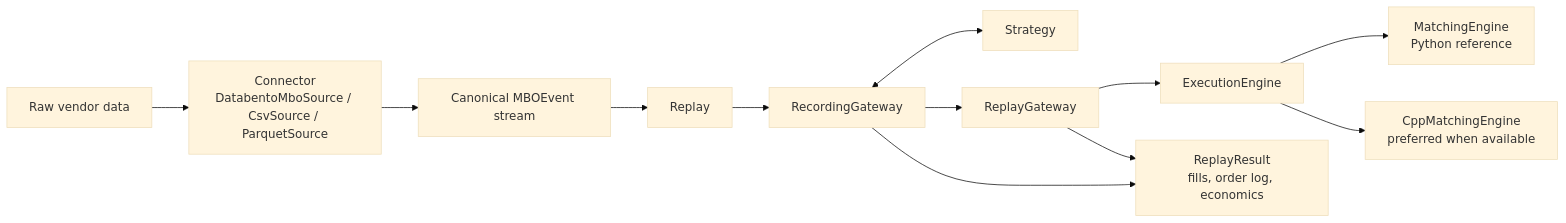
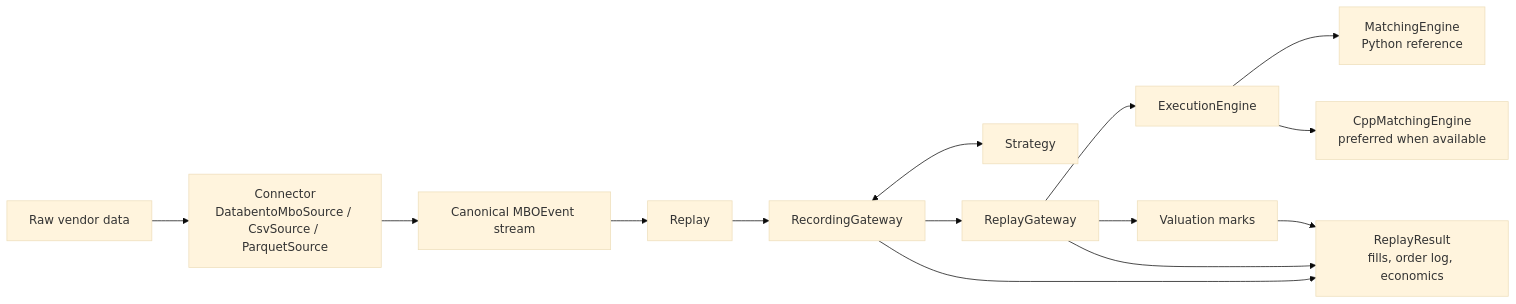
One commit to tradingexpert/ordersim changed the first of 5 diagrams in docs/architecture.md. Above: the diagram before and after it, drawn with Mermaid (base theme). The commit also changed other lines of this file and 10 other files, not shown here.

Commit message:
Refactor valuation marks out of economics (#53)

````diff
--- a/docs/architecture.md
+++ b/docs/architecture.md
@@ -9,26 +9,29 @@
 ```mermaid
 flowchart LR
     raw["Raw vendor data"]
     connector["Connector<br/>DatabentoMboSource / CsvSource / ParquetSource"]
     canonical["Canonical MBOEvent stream"]
     replay["Replay"]
     recording["RecordingGateway"]
     strategy["Strategy"]
     gateway["ReplayGateway"]
     engine["ExecutionEngine"]
     python["MatchingEngine<br/>Python reference"]
     cpp["CppMatchingEngine<br/>preferred when available"]
+    valuation["Valuation marks"]
     result["ReplayResult<br/>fills, order log, economics"]
 
     raw --> connector
     connector --> canonical
     canonical --> replay
     replay --> recording
     recording <--> strategy
     recording --> gateway
     gateway --> engine
     engine --> python
     engine --> cpp
+    gateway --> valuation
+    valuation --> result
     gateway --> result
     recording --> result
 ```
````
